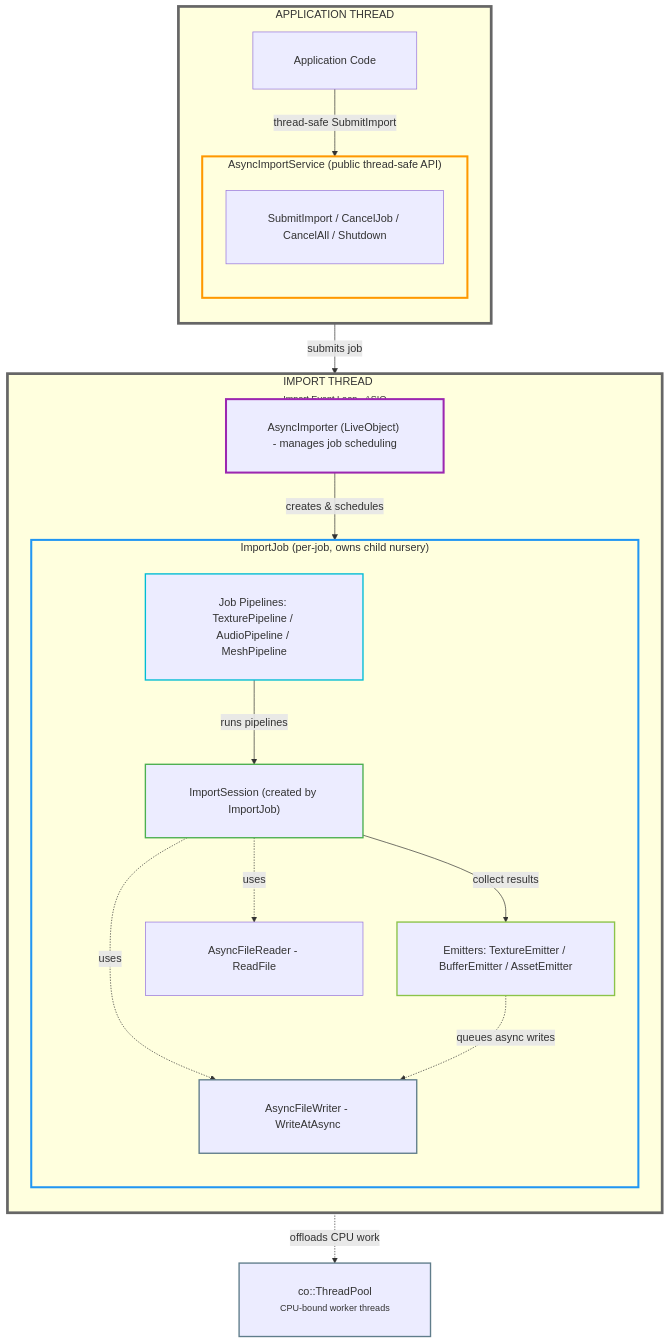
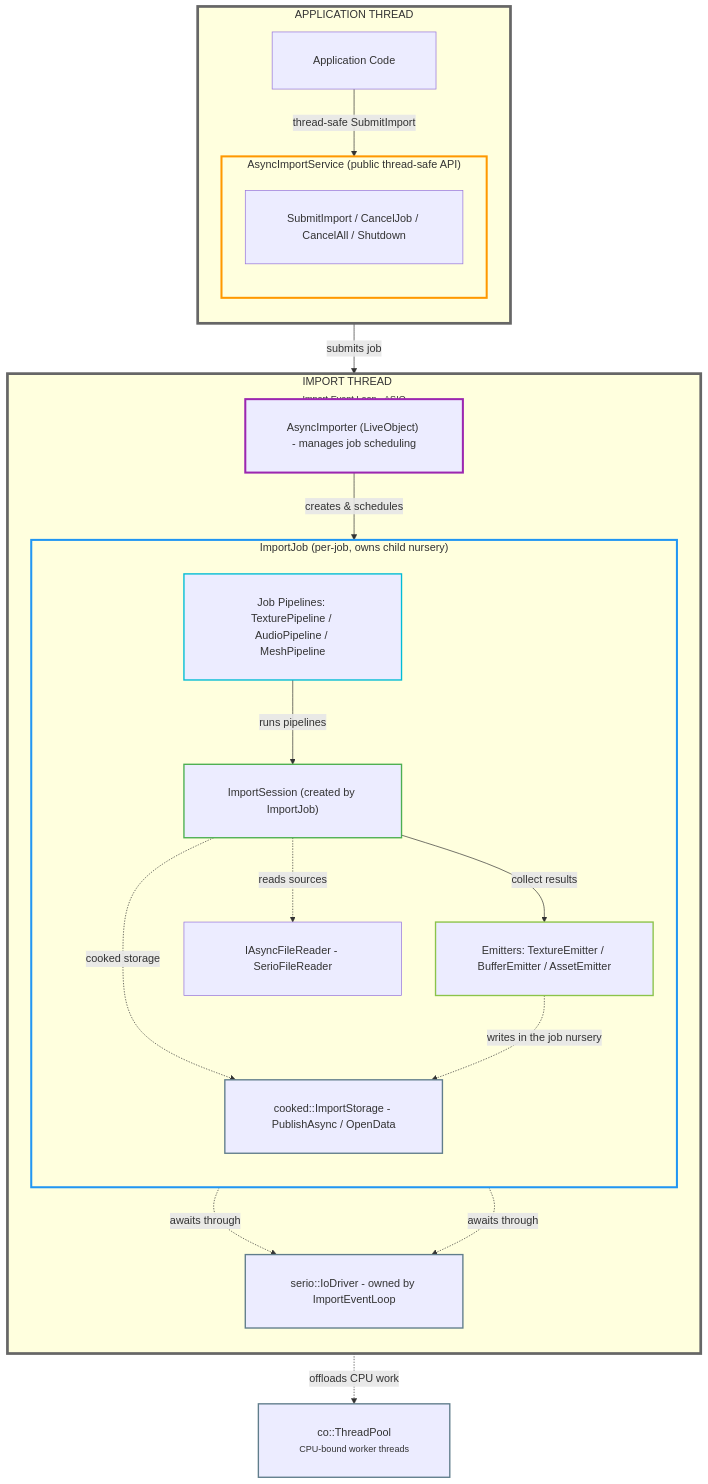
Before and after one commit to abdes/DroidNet: the first of 2 diagrams in projects/Oxygen.Engine/src/Oxygen/Cooker/Docs/Import/async_import_pipeline_v2.md, drawn with Mermaid. The commit also changed other lines of this file and 320 other files, not shown here.

````diff
--- a/projects/Oxygen.Engine/src/Oxygen/Cooker/Docs/Import/async_import_pipeline_v2.md
+++ b/projects/Oxygen.Engine/src/Oxygen/Cooker/Docs/Import/async_import_pipeline_v2.md
@@ -395,59 +395,63 @@
 ```mermaid
 %%{init: {'flowchart': {'wrap': false, 'padding': 30}}}%%
 graph TB
     subgraph AppThread["APPLICATION THREAD"]
         direction TB
         AppCode["Application Code"]
 
         subgraph AsyncService["AsyncImportService (public thread-safe API)"]
             direction TB
             API["SubmitImport / CancelJob / CancelAll / Shutdown"]
         end
 
         AppCode -->|"thread-safe SubmitImport"| AsyncService
     end
 
     subgraph ImportThread["IMPORT THREAD<br/><small>Import Event Loop - ASIO</small>"]
         direction TB
 
         AsyncImporter["AsyncImporter (LiveObject) - manages job scheduling"]
 
         subgraph JobScope["ImportJob (per-job, owns child nursery)"]
             direction TB
 
             ImportSession["ImportSession (created by ImportJob)"]
 
             JobPipelines["Job Pipelines: TexturePipeline / AudioPipeline / MeshPipeline"]
 
             Emitters["Emitters: TextureEmitter / BufferEmitter / AssetEmitter"]
 
             JobPipelines -->|"runs pipelines"| ImportSession
             ImportSession -->|"collect results"| Emitters
-            ImportSession -.->|"uses"| AsyncFileReader
-            ImportSession -.->|"uses"| AsyncFileWriter
+            ImportSession -.->|"reads sources"| AsyncFileReader
+            ImportSession -.->|"cooked storage"| ImportStorage
         end
 
-        AsyncFileWriter["AsyncFileWriter - WriteAtAsync"]
-        AsyncFileReader["AsyncFileReader - ReadFile"]
+        IoDriver["serio::IoDriver - owned by ImportEventLoop"]
+        ImportStorage["cooked::ImportStorage - PublishAsync / OpenData"]
+        AsyncFileReader["IAsyncFileReader - SerioFileReader"]
 
         AsyncImporter -->|"creates & schedules"| JobScope
-        Emitters -.->|"queues async writes"| AsyncFileWriter
+        Emitters -.->|"writes in the job nursery"| ImportStorage
+        ImportStorage -.->|"awaits through"| IoDriver
+        AsyncFileReader -.->|"awaits through"| IoDriver
     end
 
     ThreadPool["co::ThreadPool<br/><small>CPU-bound worker threads</small>"]
 
     AsyncService -->|"submits job"| AsyncImporter
     %% Callbacks are invoked on the import thread; UI marshalling is optional.
     JobPipelines -.->|"offloads CPU work"| ThreadPool
 
     style AppThread stroke:#666,stroke-width:4px
     style ImportThread stroke:#666,stroke-width:4px
     style AsyncService stroke:#ff9800,stroke-width:3px
     style AsyncImporter stroke:#9c27b0,stroke-width:3px
     style JobScope stroke:#2196f3,stroke-width:3px
     style ImportSession stroke:#4caf50,stroke-width:2px
     style JobPipelines stroke:#00bcd4,stroke-width:2px
     style Emitters stroke:#8bc34a,stroke-width:2px
     style ThreadPool stroke:#607d8b,stroke-width:2px
-    style AsyncFileWriter stroke:#607d8b,stroke-width:2px
+    style IoDriver stroke:#607d8b,stroke-width:2px
+    style ImportStorage stroke:#607d8b,stroke-width:2px
 ```
````
